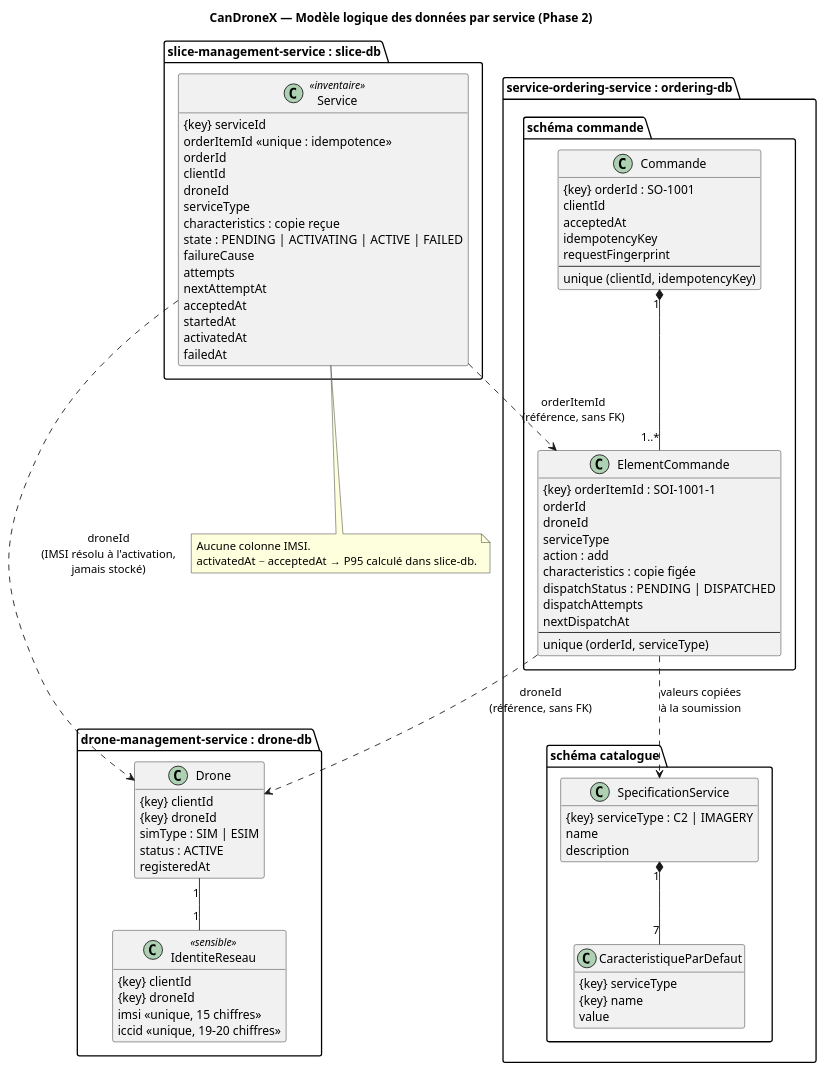
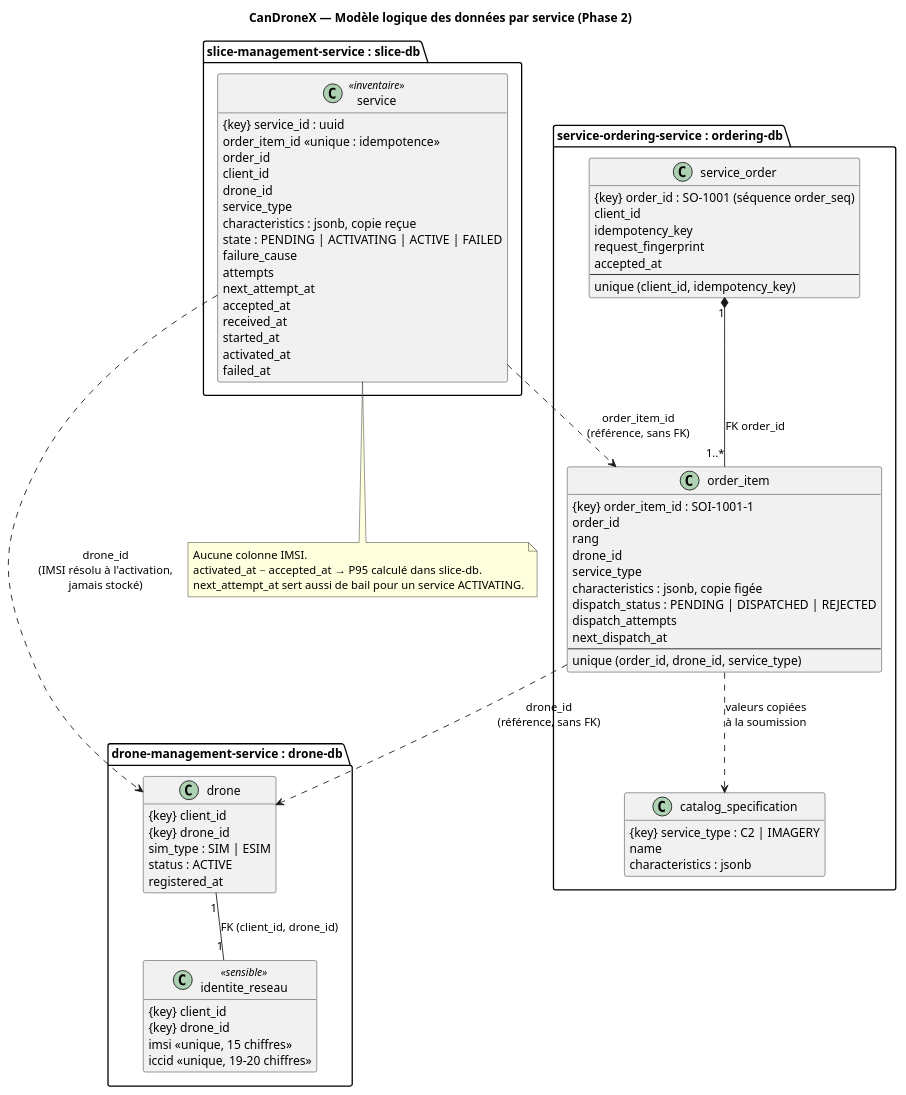
One commit to COGvc/LOG430-Projet2 changed the diagram in docs/diagrams/modele-donnees.puml. Above: the diagram before and after it, drawn with PlantUML. The commit also changed 4 other files, not shown here.

Commit message:
Changements dans des diagrammes

```diff
--- a/docs/diagrams/modele-donnees.puml
+++ b/docs/diagrams/modele-donnees.puml
@@ -1,93 +1,87 @@
 @startuml modele-donnees
 title CanDroneX — Modèle logique des données par service (Phase 2)
 hide methods
 skinparam classAttributeIconSize 0
 
 package "drone-management-service : drone-db" {
-  class Drone {
-    {key} clientId
-    {key} droneId
-    simType : SIM | ESIM
+  class "drone" as Drone {
+    {key} client_id
+    {key} drone_id
+    sim_type : SIM | ESIM
     status : ACTIVE
-    registeredAt
+    registered_at
   }
-  class IdentiteReseau <<sensible>> {
-    {key} clientId
-    {key} droneId
+  class "identite_reseau" as IdentiteReseau <<sensible>> {
+    {key} client_id
+    {key} drone_id
     imsi <<unique, 15 chiffres>>
     iccid <<unique, 19-20 chiffres>>
   }
-  Drone "1" -- "1" IdentiteReseau
+  Drone "1" -- "1" IdentiteReseau : FK (client_id, drone_id)
 }
 
 package "service-ordering-service : ordering-db" {
-  package "schéma catalogue" {
-    class SpecificationService {
-      {key} serviceType : C2 | IMAGERY
-      name
-      description
-    }
-    class CaracteristiqueParDefaut {
-      {key} serviceType
-      {key} name
-      value
-    }
-    SpecificationService "1" *-- "7" CaracteristiqueParDefaut
+  class "catalog_specification" as SpecificationService {
+    {key} service_type : C2 | IMAGERY
+    name
+    characteristics : jsonb
+    (sst, sd, dnn, fiveQi, arp,
+    ambrUplink, ambrDownlink)
   }
-  package "schéma commande" {
-    class Commande {
-      {key} orderId : SO-1001
-      clientId
-      acceptedAt
-      idempotencyKey
-      requestFingerprint
-      --
-      unique (clientId, idempotencyKey)
-    }
-    class ElementCommande {
-      {key} orderItemId : SOI-1001-1
-      orderId
-      droneId
-      serviceType
-      action : add
-      characteristics : copie figée
-      dispatchStatus : PENDING | DISPATCHED
-      dispatchAttempts
-      nextDispatchAt
-      --
-      unique (orderId, serviceType)
-    }
-    Commande "1" *-- "1..*" ElementCommande
+  class "service_order" as Commande {
+    {key} order_id : SO-1001 (séquence order_seq)
+    client_id
+    idempotency_key
+    request_fingerprint
+    accepted_at
+    --
+    unique (client_id, idempotency_key)
+  }
+  class "order_item" as ElementCommande {
+    {key} order_item_id : SOI-1001-1
+    order_id
+    rang
+    drone_id
+    service_type
+    characteristics : jsonb, copie figée
+    dispatch_status : PENDING | DISPATCHED | REJECTED
+    dispatch_attempts
+    next_dispatch_at
+    --
+    unique (order_id, drone_id, service_type)
+  }
+  Commande "1" *-- "1..*" ElementCommande : FK order_id
+}
+
+package "slice-management-service : slice-db" {
+  class "service" as Service <<inventaire>> {
+    {key} service_id : uuid
+    order_item_id <<unique : idempotence>>
+    order_id
+    client_id
+    drone_id
+    service_type
+    characteristics : jsonb, copie reçue
+    state : PENDING | ACTIVATING | ACTIVE | FAILED
+    failure_cause
+    attempts
+    next_attempt_at
+    accepted_at
+    received_at
+    started_at
+    activated_at
+    failed_at
   }
 }
 
-package "slice-management-service : slice-db" {
-  class Service <<inventaire>> {
-    {key} serviceId
-    orderItemId <<unique : idempotence>>
-    orderId
-    clientId
-    droneId
-    serviceType
-    characteristics : copie reçue
-    state : PENDING | ACTIVATING | ACTIVE | FAILED
-    failureCause
-    attempts
-    nextAttemptAt
-    acceptedAt
-    startedAt
-    activatedAt
-    failedAt
-  }
-}
-
-ElementCommande ..> Drone : droneId\n(référence, sans FK)
+ElementCommande ..> Drone : drone_id\n(référence, sans FK)
 ElementCommande ..> SpecificationService : valeurs copiées\nà la soumission
-Service ..> ElementCommande : orderItemId\n(référence, sans FK)
-Service ..> Drone : droneId\n(IMSI résolu à l'activation,\njamais stocké)
+Service ..> ElementCommande : order_item_id\n(référence, sans FK)
+Service ..> Drone : drone_id\n(IMSI résolu à l'activation,\njamais stocké)
 
 note bottom of Service
   Aucune colonne IMSI.
-  activatedAt − acceptedAt → P95 calculé dans slice-db.
+  activated_at − accepted_at → P95 calculé dans slice-db.
+  next_attempt_at sert aussi de bail pour un service ACTIVATING.
 end note
 @enduml
```
